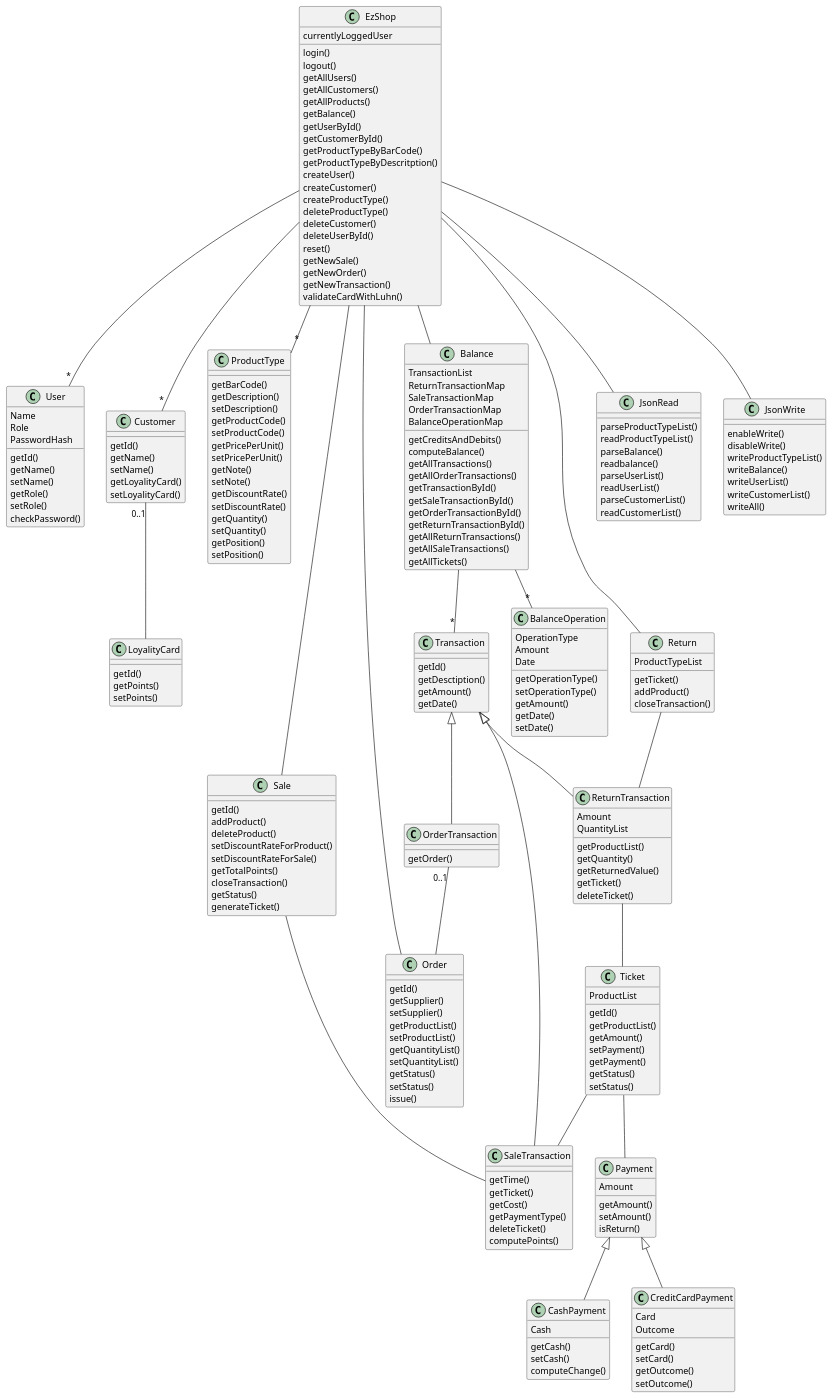
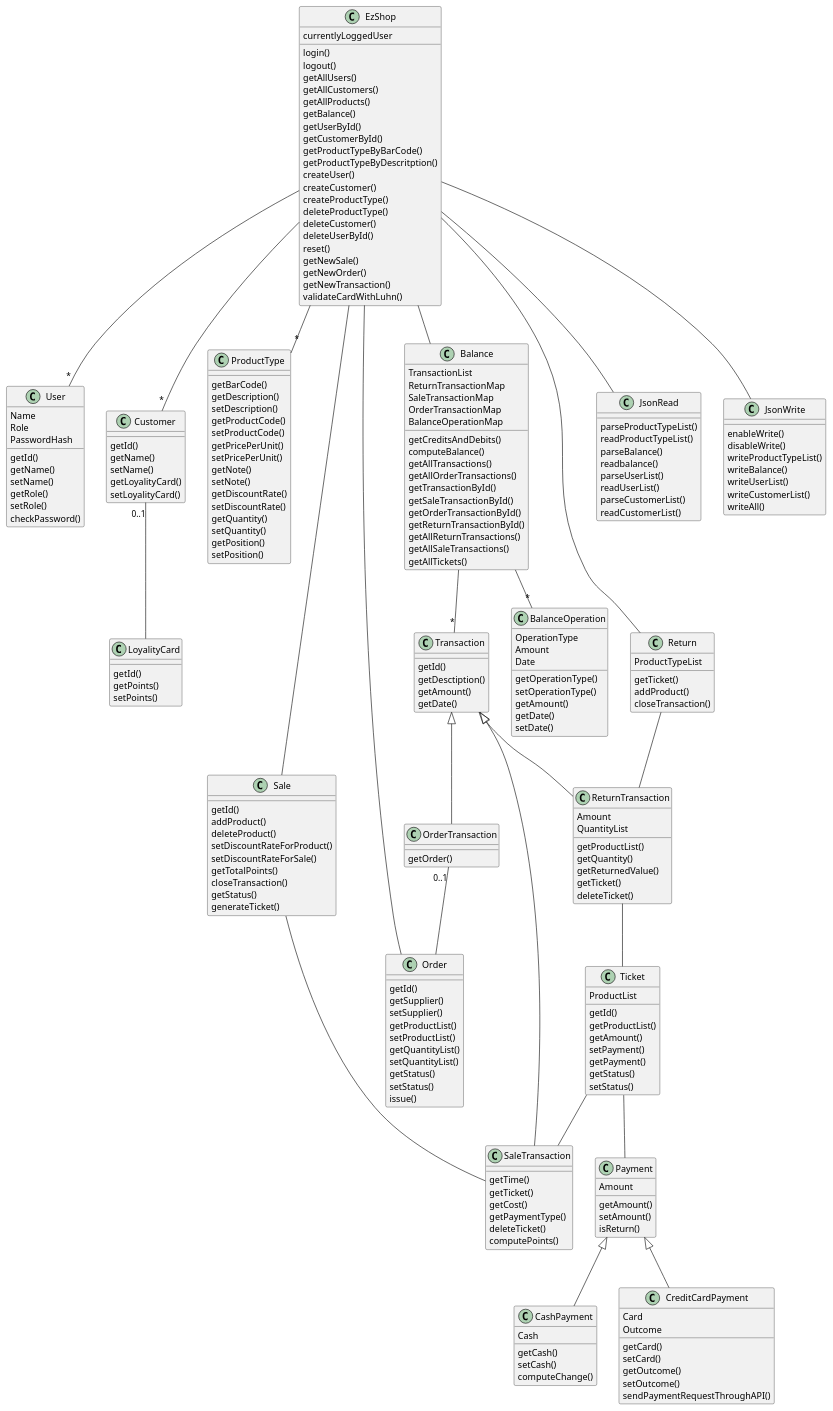
Before and after one commit to paolotron/EzshoProject31: the second of 3 diagrams in Deliverables/DesignDocument.md, drawn with PlantUML.

```diff
--- a/Deliverables/DesignDocument.md
+++ b/Deliverables/DesignDocument.md
@@ -189,6 +189,7 @@
     setCard()
     getOutcome()
     setOutcome()
+    sendPaymentRequestThroughAPI()
 }
 
 class ReturnTransaction{
```
